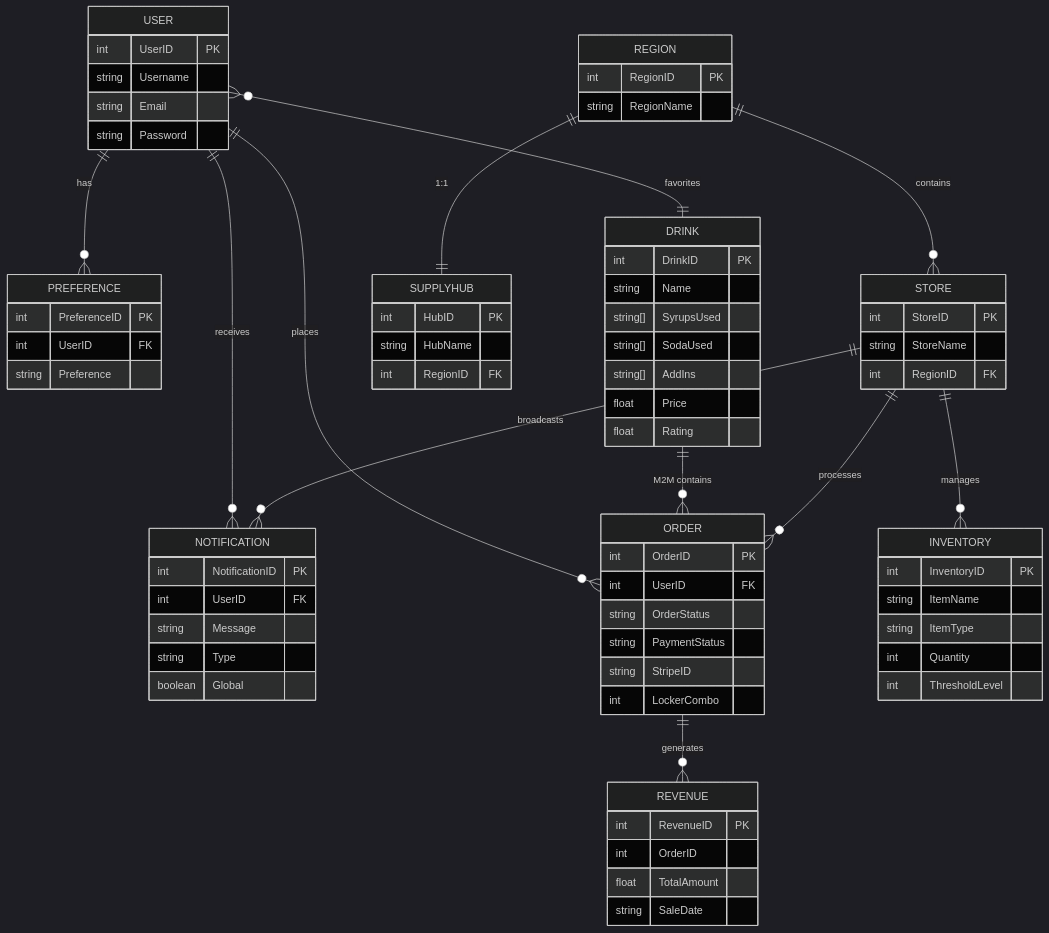
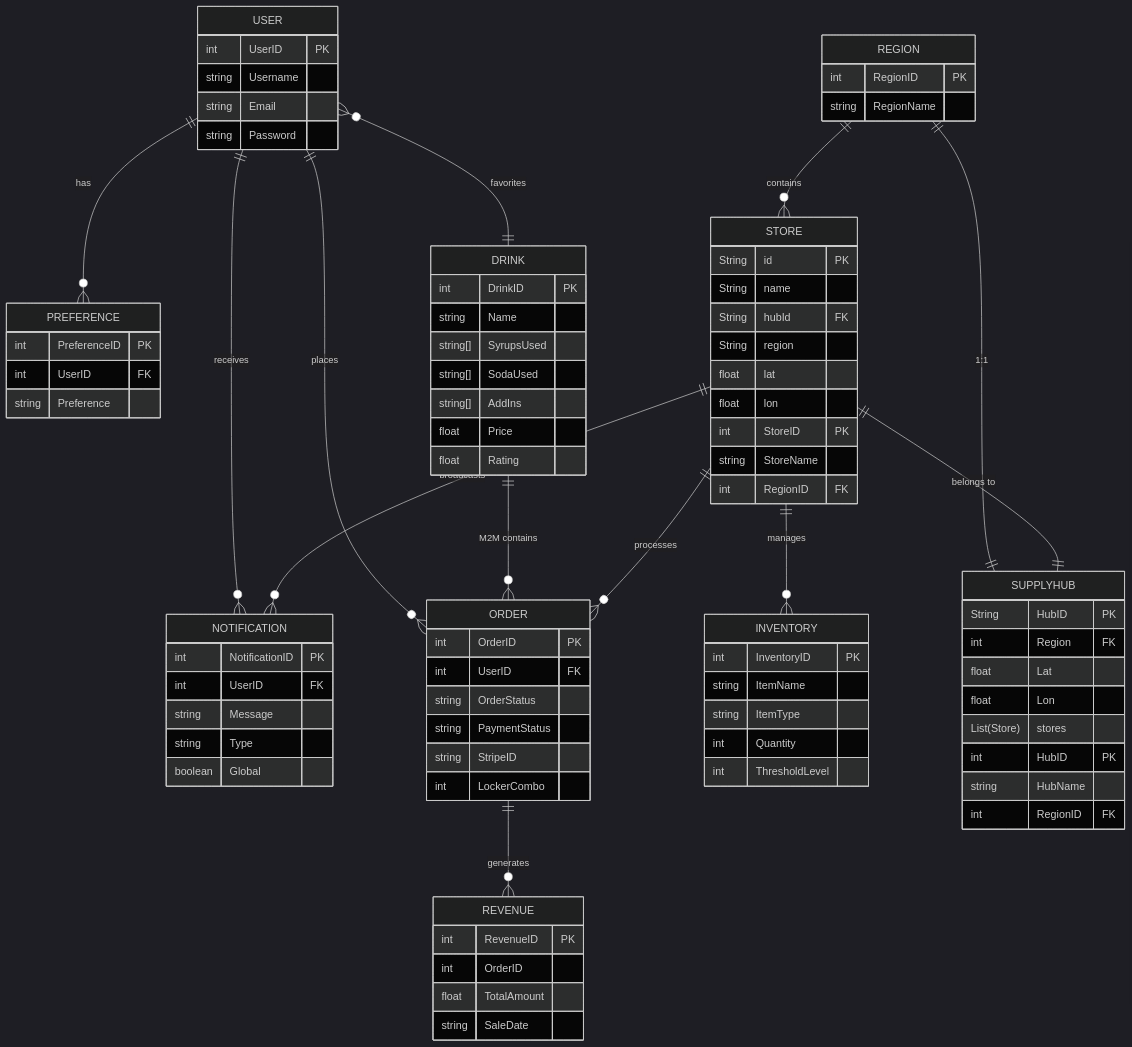
The seventh of 7 diagrams in CurrentLowLevelDesign.md (smithdb3/codepop), drawn with Mermaid (dark theme) before and after one commit. The commit also changed other lines of this file, not shown here.

```diff
--- a/CurrentLowLevelDesign.md
+++ b/CurrentLowLevelDesign.md
@@ -2128,6 +2281,7 @@
 
     REGION ||--|| SUPPLYHUB : "1:1"
     REGION ||--o{ STORE : contains
+    STORE ||--|| SUPPLYHUB : "belongs to"
 
     ORDER {
         int OrderID PK
@@ -2169,6 +2323,23 @@
         int ThresholdLevel
     }
 
+    SUPPLYHUB {
+        String HubID PK
+        int Region FK
+        float Lat
+        float Lon
+        List(Store) stores
+    }
+
+    STORE {
+        String id PK
+        String name
+        String hubId FK
+        String region
+        float lat
+        float lon
+    }
+
     NOTIFICATION {
         int NotificationID PK
         int UserID FK
```
